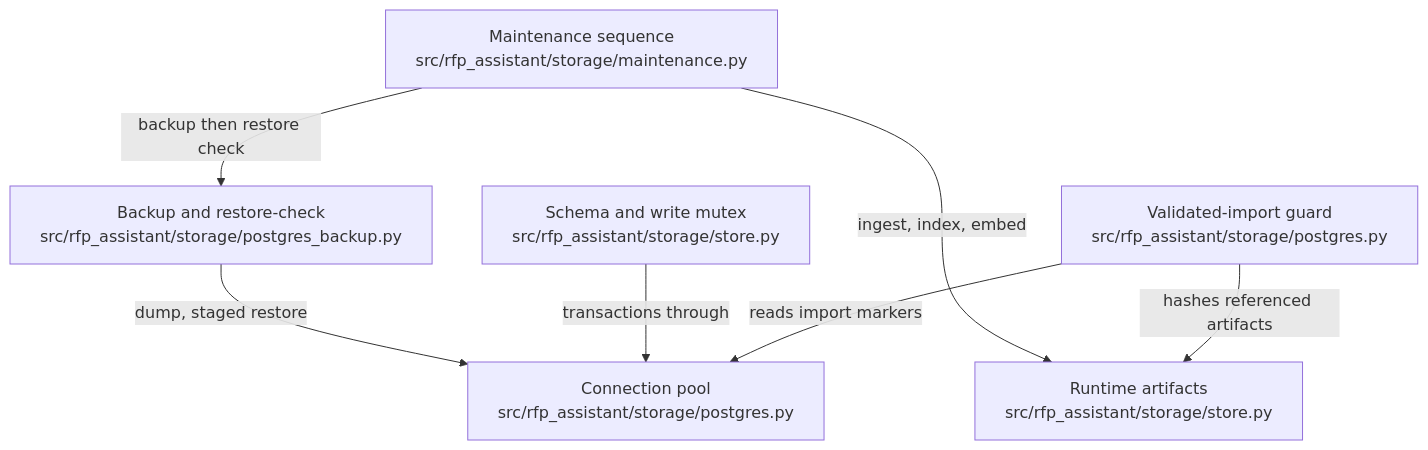
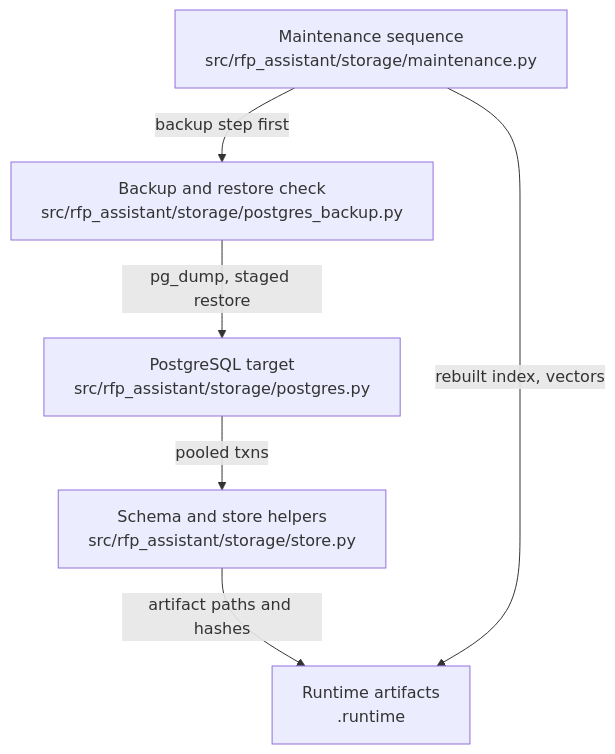
One commit to littleeeeebit/project-codeit-mid changed the diagram in .omm/overall-architecture/storage/diagram.mmd. Above: the diagram before and after it, drawn with Mermaid. The commit also changed 346 other files, not shown here.

Commit message:
Refresh wiki and architecture before merge

```diff
--- a/.omm/overall-architecture/storage/diagram.mmd
+++ b/.omm/overall-architecture/storage/diagram.mmd
@@ -1,13 +1,6 @@
 graph TD
-  connection-pool["Connection pool\nsrc/rfp_assistant/storage/postgres.py"]
-  startup-guard["Validated-import guard\nsrc/rfp_assistant/storage/postgres.py"]
-  app-tables["Schema and write mutex\nsrc/rfp_assistant/storage/store.py"]
-  runtime-files["Runtime artifacts\nsrc/rfp_assistant/storage/store.py"]
-  backup-restore["Backup and restore-check\nsrc/rfp_assistant/storage/postgres_backup.py"]
-  maintenance["Maintenance sequence\nsrc/rfp_assistant/storage/maintenance.py"]
-  startup-guard -->|reads import markers| connection-pool
-  startup-guard -->|hashes referenced artifacts| runtime-files
-  app-tables -->|transactions through| connection-pool
-  maintenance -->|backup then restore check| backup-restore
-  maintenance -->|ingest, index, embed| runtime-files
-  backup-restore -->|dump, staged restore| connection-pool
+  postgres-target["PostgreSQL target\nsrc/rfp_assistant/storage/postgres.py"] -->|"pooled txns"| schema-and-store["Schema and store helpers\nsrc/rfp_assistant/storage/store.py"]
+  schema-and-store -->|"artifact paths and hashes"| runtime-files["Runtime artifacts\n.runtime"]
+  backup-restore["Backup and restore check\nsrc/rfp_assistant/storage/postgres_backup.py"] -->|"pg_dump, staged restore"| postgres-target
+  maintenance-sequence["Maintenance sequence\nsrc/rfp_assistant/storage/maintenance.py"] -->|"backup step first"| backup-restore
+  maintenance-sequence -->|"rebuilt index, vectors"| runtime-files
```
